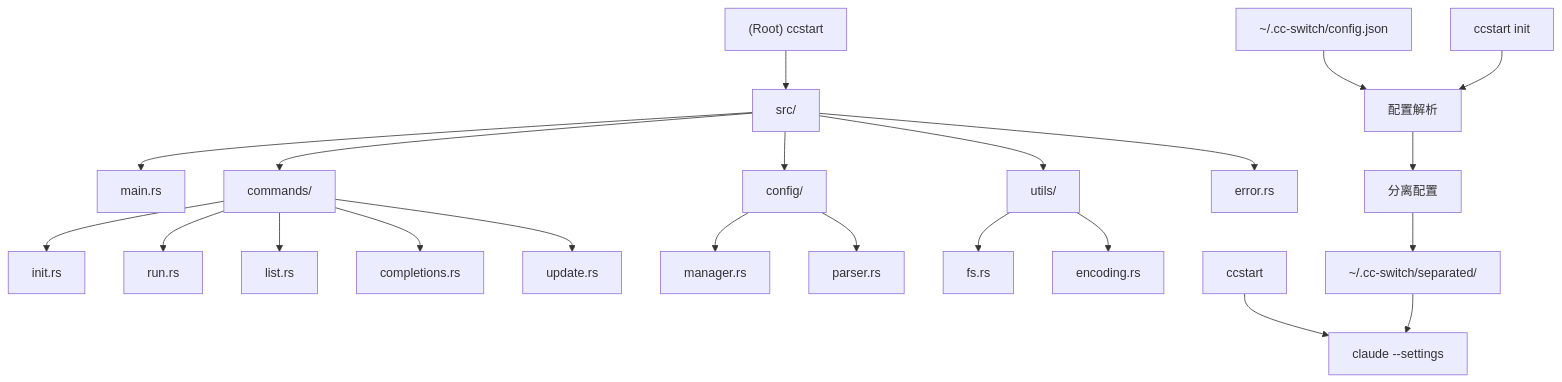
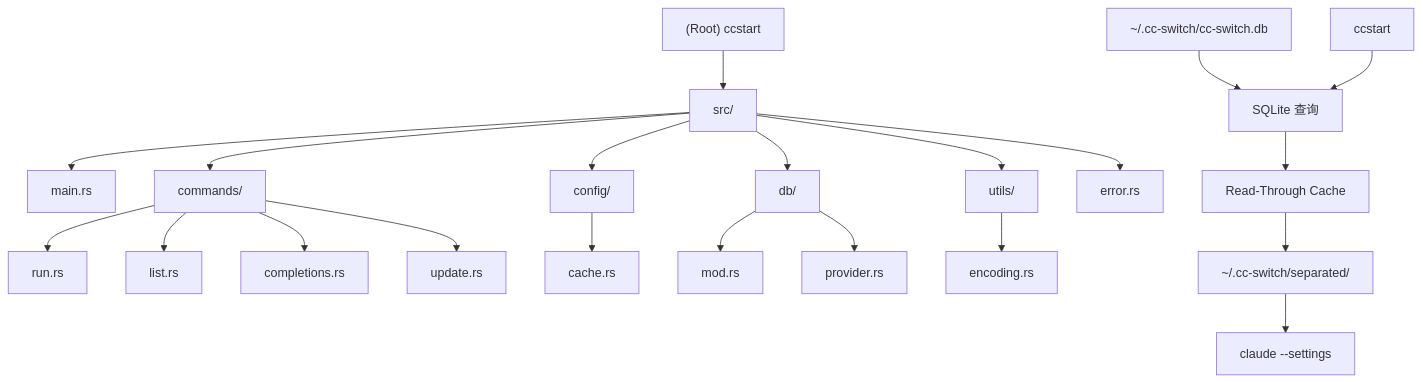
One commit to cp-yu/ccstart changed the diagram in CLAUDE.md. Above: the diagram before and after it, drawn with Mermaid. The commit also changed other lines of this file and 17 other files, not shown here.

````diff
--- a/CLAUDE.md
+++ b/CLAUDE.md
@@ -12,33 +12,29 @@
 ```mermaid
 graph TD
     A["(Root) ccstart"] --> B["src/"];
     B --> C["main.rs"];
     B --> D["commands/"];
     B --> E["config/"];
-    B --> F["utils/"];
-    B --> G["error.rs"];
+    B --> F["db/"];
+    B --> G["utils/"];
+    B --> H["error.rs"];
 
-    D --> H["init.rs"];
     D --> I["run.rs"];
     D --> J["list.rs"];
     D --> K["completions.rs"];
     D --> L["update.rs"];
 
-    E --> M["manager.rs"];
-    E --> N["parser.rs"];
+    E --> M["cache.rs"];
 
-    F --> O["fs.rs"];
-    F --> P["encoding.rs"];
+    F --> N["mod.rs"];
+    F --> O["provider.rs"];
 
-    Q["~/.cc-switch/config.json"] --> R["配置解析"];
-    R --> S["分离配置"];
+    G --> P["encoding.rs"];
+
+    Q["~/.cc-switch/cc-switch.db"] --> R["SQLite 查询"];
+    R --> S["Read-Through Cache"];
     S --> T["~/.cc-switch/separated/"];
 
-    U["ccstart init"] --> R;
-    V["ccstart <name>"] --> W["claude --settings"];
-    T --> W;
-
-    click D "./src/commands/CLAUDE.md" "View commands module docs"
-    click E "./src/config/CLAUDE.md" "View config module docs"
-    click F "./src/utils/CLAUDE.md" "View utils module docs"
+    U["ccstart <name>"] --> R;
+    T --> V["claude --settings"];
 ```
````
